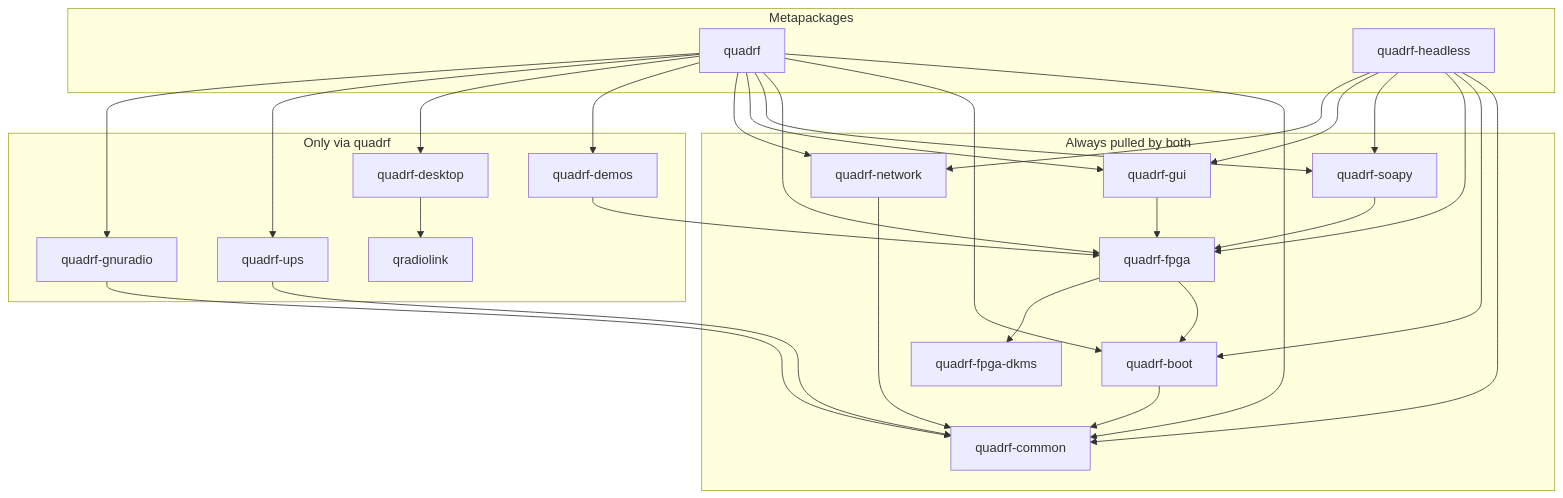
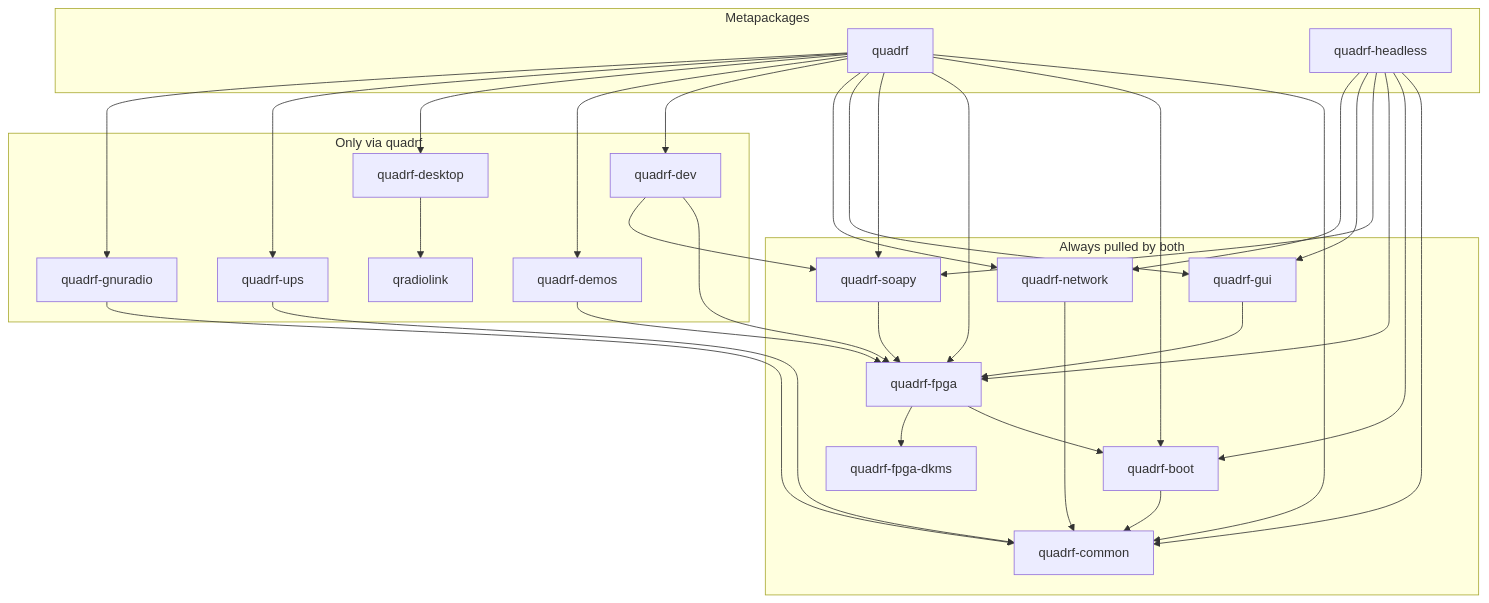
Before and after one commit to ScaleRF/QuadRF: the diagram in docs/install.md, drawn with Mermaid. The commit also changed other lines of this file and 17 other files, not shown here.

First line of the commit message:
debian: Switch packaging to CMake and ship quadrf-dev

````diff
--- a/docs/install.md
+++ b/docs/install.md
@@ -45,38 +45,40 @@
 ```mermaid
 flowchart TB
   subgraph metas["Metapackages"]
     FULL["quadrf"]
     HEAD["quadrf-headless"]
   end
 
   subgraph core["Always pulled by both"]
     COMMON["quadrf-common"]
     BOOT["quadrf-boot"]
     FPGA["quadrf-fpga"]
     DKMS["quadrf-fpga-dkms"]
     SOAPY["quadrf-soapy"]
     GUI["quadrf-gui"]
     NET["quadrf-network"]
   end
 
   subgraph full_only["Only via quadrf"]
+    DEV["quadrf-dev"]
     DEMOS["quadrf-demos"]
     DESK["quadrf-desktop"]
     UPS["quadrf-ups"]
     GRC["quadrf-gnuradio"]
     QRL["qradiolink"]
   end
 
-  FULL --> COMMON & BOOT & FPGA & SOAPY & GUI & NET & DEMOS & DESK & UPS & GRC
+  FULL --> COMMON & BOOT & FPGA & SOAPY & GUI & NET & DEV & DEMOS & DESK & UPS & GRC
   HEAD --> COMMON & BOOT & FPGA & SOAPY & GUI & NET
 
   BOOT --> COMMON
   FPGA --> BOOT & DKMS
   SOAPY --> FPGA
   GUI --> FPGA
+  DEV --> FPGA & SOAPY
   DEMOS --> FPGA
   DESK --> QRL
   NET --> COMMON
   UPS --> COMMON
   GRC --> COMMON
 ```
````
